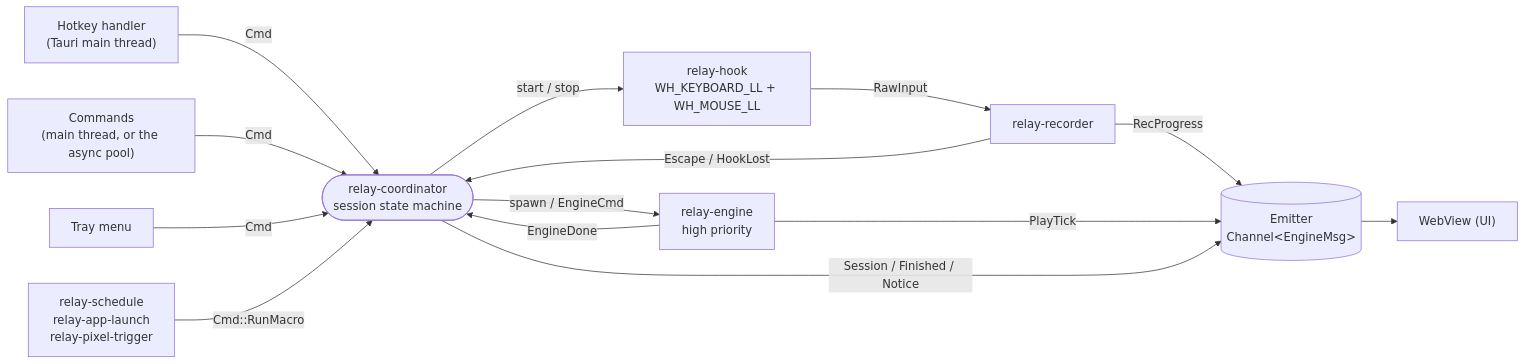
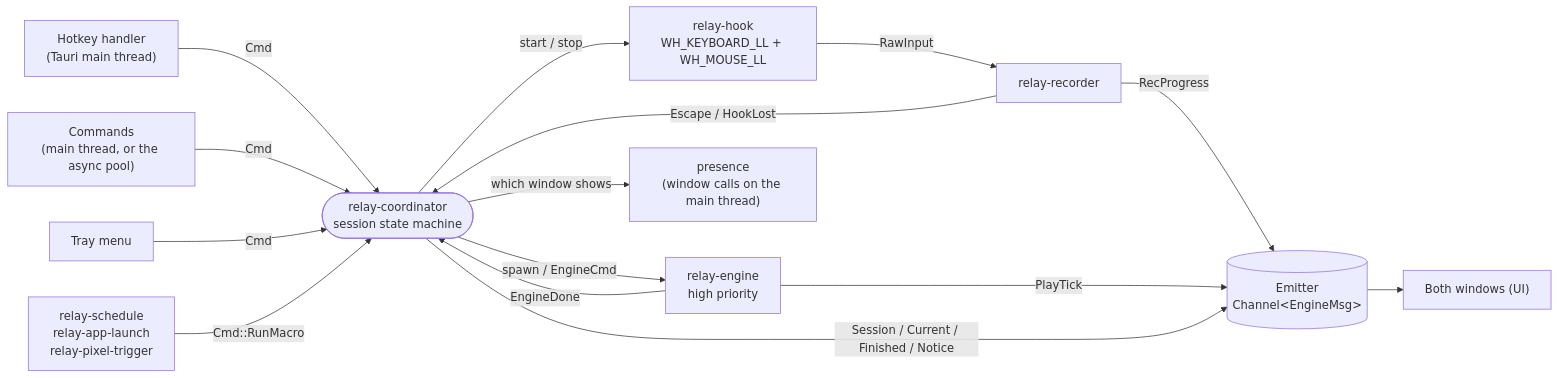
Before and after one commit to HappyRave/Relay: the second of 6 diagrams in docs/engineering/architecture.md, drawn with Mermaid. The commit also changed other lines of this file and 41 other files, not shown here.

````diff
--- a/docs/engineering/architecture.md
+++ b/docs/engineering/architecture.md
@@ -73,17 +75,18 @@
 ```mermaid
 flowchart LR
     hk["Hotkey handler<br/>(Tauri main thread)"] -- Cmd --> C
     ui["Commands<br/>(main thread, or the async pool)"] -- Cmd --> C
     tray["Tray menu"] -- Cmd --> C
     T["relay-schedule<br/>relay-app-launch<br/>relay-pixel-trigger"] -- "Cmd::RunMacro" --> C
     C(["relay-coordinator<br/>session state machine"])
     C -- "start / stop" --> H["relay-hook<br/>WH_KEYBOARD_LL + WH_MOUSE_LL"]
     H -- RawInput --> R["relay-recorder"]
     R -- "RecProgress" --> E[("Emitter<br/>Channel&lt;EngineMsg&gt;")]
     R -- "Escape / HookLost" --> C
     C -- "spawn / EngineCmd" --> P["relay-engine<br/>high priority"]
     P -- "PlayTick" --> E
     P -- "EngineDone" --> C
-    C -- "Session / Finished / Notice" --> E
-    E --> W["WebView (UI)"]
+    C -- "Session / Current / Finished / Notice" --> E
+    C -- "which window shows" --> PR["presence<br/>(window calls on the main thread)"]
+    E --> W["Both windows (UI)"]
 ```
````
